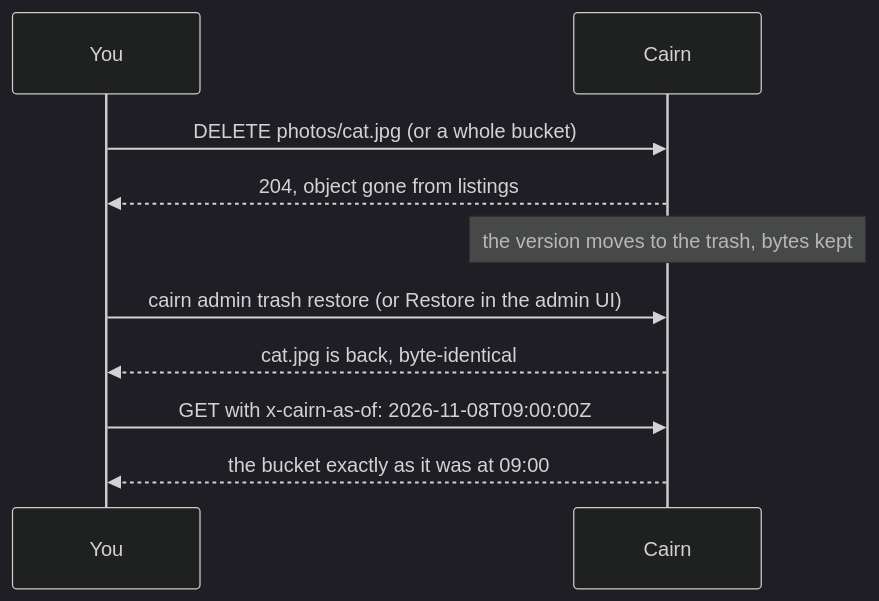
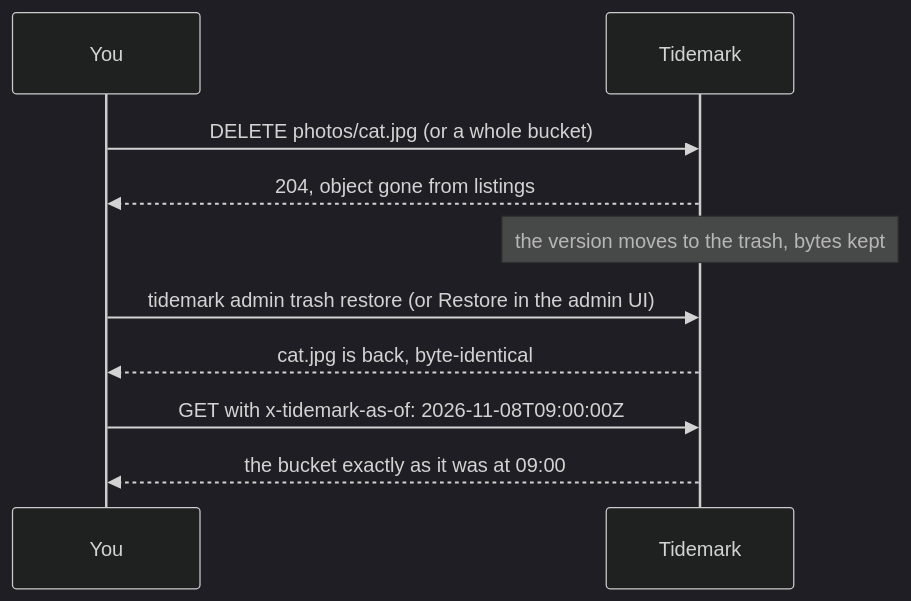
The second of 2 diagrams in README.md (solutionforest/cairn), drawn with Mermaid (dark theme) before and after one commit. The commit also changed other lines of this file and 363 other files, not shown here.

First line of the commit message:
rename: Cairn is now Tidemark

````diff
--- a/README.md
+++ b/README.md
@@ -127,12 +129,12 @@
 ```mermaid
 sequenceDiagram
     participant You
-    participant Cairn
-    You->>Cairn: DELETE photos/cat.jpg (or a whole bucket)
-    Cairn-->>You: 204, object gone from listings
-    Note over Cairn: the version moves to the trash, bytes kept
-    You->>Cairn: cairn admin trash restore (or Restore in the admin UI)
-    Cairn-->>You: cat.jpg is back, byte-identical
-    You->>Cairn: GET with x-cairn-as-of: 2026-11-08T09:00:00Z
-    Cairn-->>You: the bucket exactly as it was at 09:00
+    participant Tidemark
+    You->>Tidemark: DELETE photos/cat.jpg (or a whole bucket)
+    Tidemark-->>You: 204, object gone from listings
+    Note over Tidemark: the version moves to the trash, bytes kept
+    You->>Tidemark: tidemark admin trash restore (or Restore in the admin UI)
+    Tidemark-->>You: cat.jpg is back, byte-identical
+    You->>Tidemark: GET with x-tidemark-as-of: 2026-11-08T09:00:00Z
+    Tidemark-->>You: the bucket exactly as it was at 09:00
 ```
````
